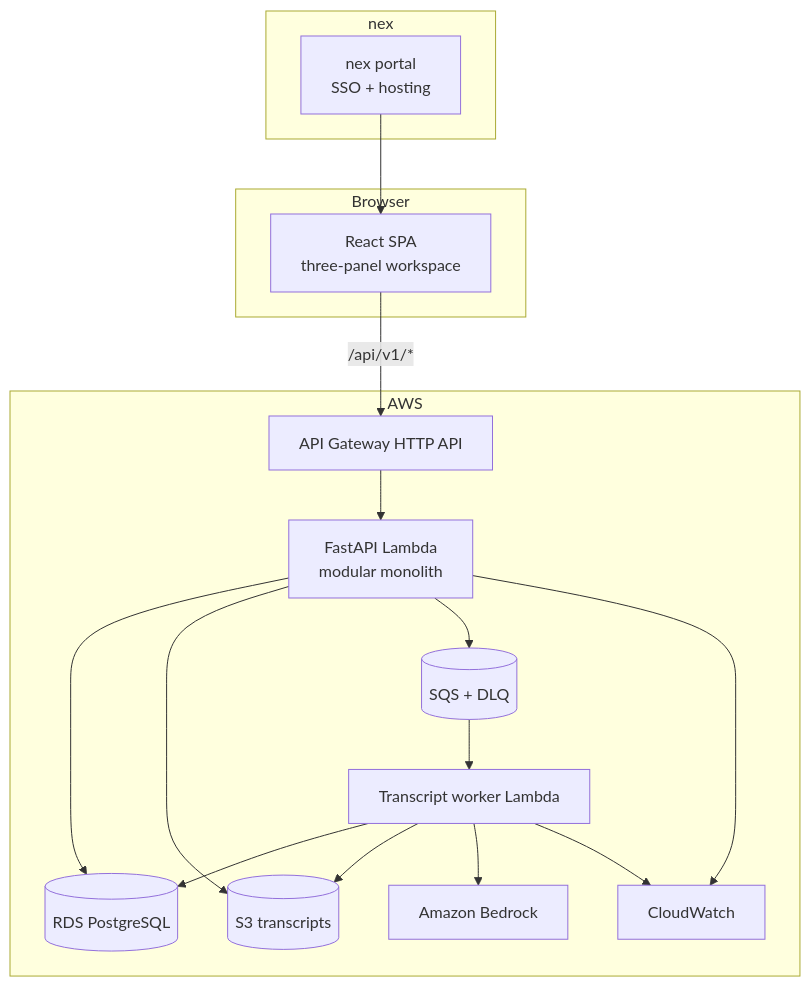
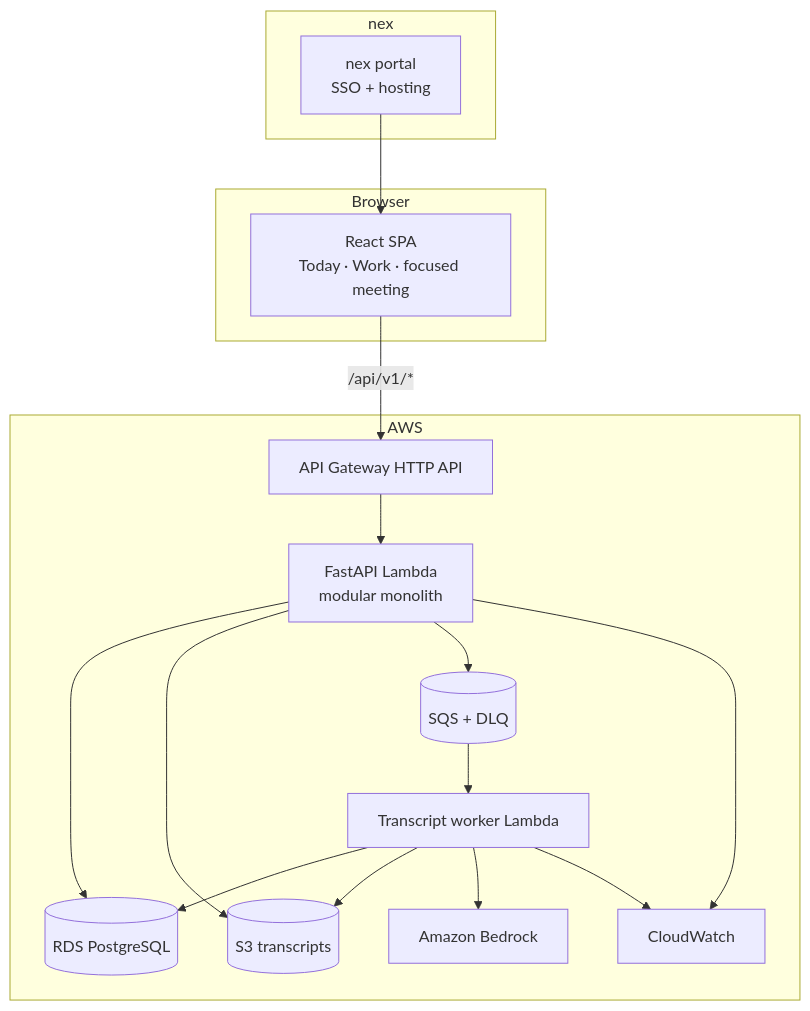
One commit to sadoonh/huddle changed the first of 2 diagrams in docs/architecture.md. Above: the diagram before and after it, drawn with Mermaid. The commit also changed other lines of this file and 57 other files, not shown here.

````diff
--- a/docs/architecture.md
+++ b/docs/architecture.md
@@ -18,29 +27,29 @@
 ```mermaid
 flowchart TB
   subgraph Browser
-    SPA[React SPA<br/>three-panel workspace]
+    SPA[React SPA<br/>Today · Work · focused meeting]
   end
   subgraph nex
     Portal[nex portal<br/>SSO + hosting]
   end
   subgraph AWS
     APIGW[API Gateway HTTP API]
     API[FastAPI Lambda<br/>modular monolith]
     Worker[Transcript worker Lambda]
     PG[(RDS PostgreSQL)]
     S3[(S3 transcripts)]
     SQS[(SQS + DLQ)]
     Bedrock[Amazon Bedrock]
     CW[CloudWatch]
   end
   Portal --> SPA
   SPA -->|/api/v1/*| APIGW --> API
   API --> PG
   API --> S3
   API --> SQS --> Worker
   Worker --> PG
   Worker --> S3
   Worker --> Bedrock
   API --> CW
   Worker --> CW
 ```
````
